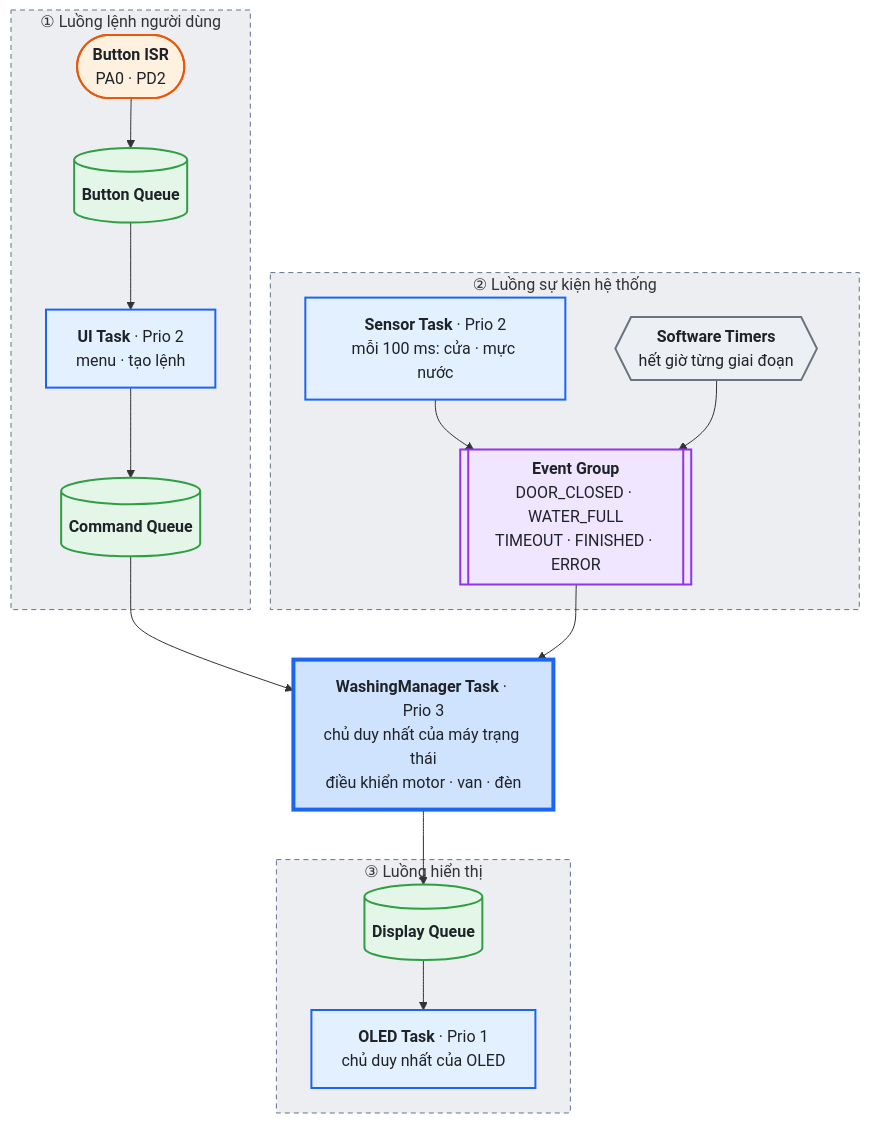
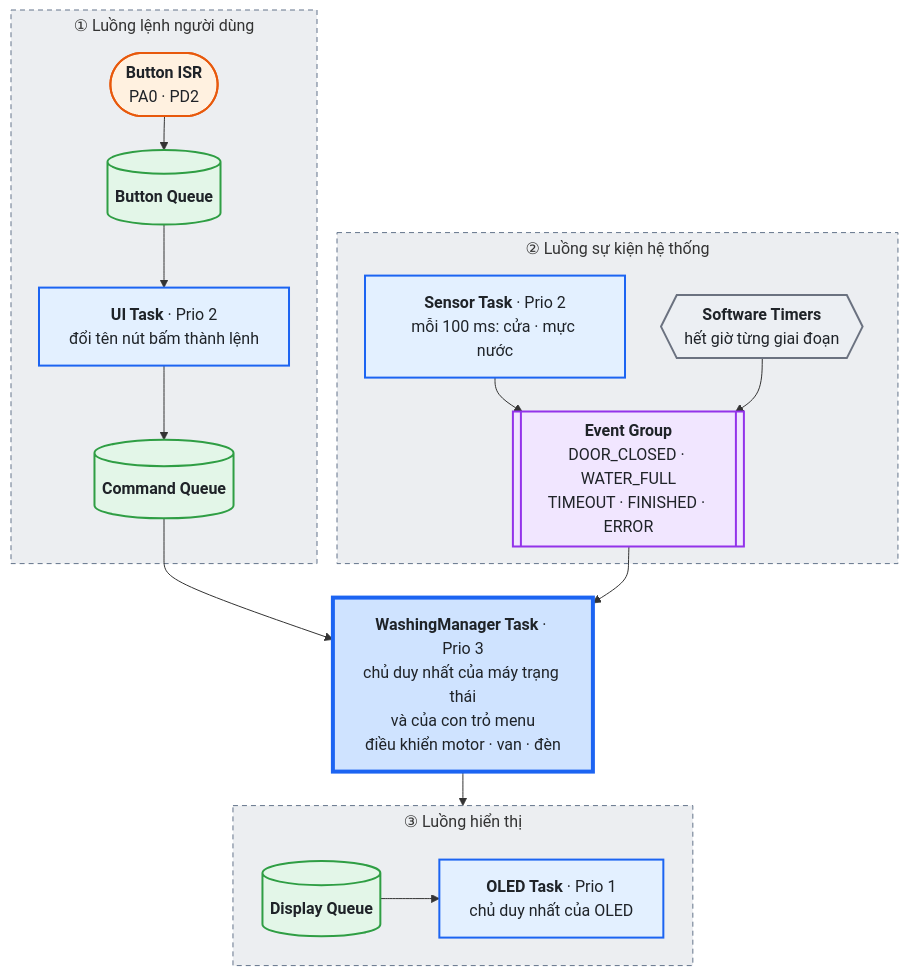
The second of 2 diagrams in PROJECT_SPEC.md (TTonyVi/Freertos_ST), drawn with Mermaid before and after one commit. The commit also changed other lines of this file and 25 other files, not shown here.

````diff
--- a/PROJECT_SPEC.md
+++ b/PROJECT_SPEC.md
@@ -336,47 +336,49 @@
 ```mermaid
+%%{init: {"flowchart": {"rankSpacing": 34, "nodeSpacing": 36, "subGraphTitleMargin": {"top": 4, "bottom": 22}}}}%%
 flowchart TB
     subgraph CMD["① Luồng lệnh người dùng"]
         ISR(["<b>Button ISR</b><br/>PA0 · PD2"])
         BQ[("<b>Button Queue</b>")]
-        UI["<b>UI Task</b> · Prio 2<br/>menu · tạo lệnh"]
+        UI["<b>UI Task</b> · Prio 2<br/>đổi tên nút bấm thành lệnh"]
         CQ[("<b>Command Queue</b>")]
         ISR --> BQ --> UI --> CQ
     end
 
     subgraph EVT["② Luồng sự kiện hệ thống"]
         SNS["<b>Sensor Task</b> · Prio 2<br/>mỗi 100 ms: cửa · mực nước"]
         TMR{{"<b>Software Timers</b><br/>hết giờ từng giai đoạn"}}
         EG[["<b>Event Group</b><br/>DOOR_CLOSED · WATER_FULL<br/>TIMEOUT · FINISHED · ERROR"]]
         SNS --> EG
         TMR --> EG
     end
 
-    WM["<b>WashingManager Task</b> · Prio 3<br/>chủ duy nhất của máy trạng thái<br/>điều khiển motor · van · đèn"]
+    WM["<b>WashingManager Task</b> · Prio 3<br/>chủ duy nhất của máy trạng thái<br/>và của con trỏ menu<br/>điều khiển motor · van · đèn"]
 
     subgraph DSP["③ Luồng hiển thị"]
+        direction LR
         DQ[("<b>Display Queue</b>")]
         OLED["<b>OLED Task</b> · Prio 1<br/>chủ duy nhất của OLED"]
         DQ --> OLED
     end
 
     CQ --> WM
     EG --> WM
-    WM --> DQ
+    WM --> DSP
 
     classDef isr   fill:#fff1e0,stroke:#e8590c,stroke-width:2px,color:#1f2328
     classDef task  fill:#e3f0ff,stroke:#1c64f2,stroke-width:2px,color:#1f2328
     classDef queue fill:#e3f6e8,stroke:#2f9e44,stroke-width:2px,color:#1f2328
     classDef event fill:#f1e6ff,stroke:#9333ea,stroke-width:2px,color:#1f2328
     classDef timer fill:#eceff3,stroke:#6b7280,stroke-width:2px,color:#1f2328
     classDef hub   fill:#cfe3ff,stroke:#1c64f2,stroke-width:4px,color:#1f2328
     class ISR isr
     class UI,SNS,OLED task
     class BQ,CQ,DQ queue
     class EG event
     class TMR timer
     class WM hub
 
     style CMD fill:#64748b1f,stroke:#64748b,stroke-dasharray:5 4
     style EVT fill:#64748b1f,stroke:#64748b,stroke-dasharray:5 4
     style DSP fill:#64748b1f,stroke:#64748b,stroke-dasharray:5 4
 ```
````
